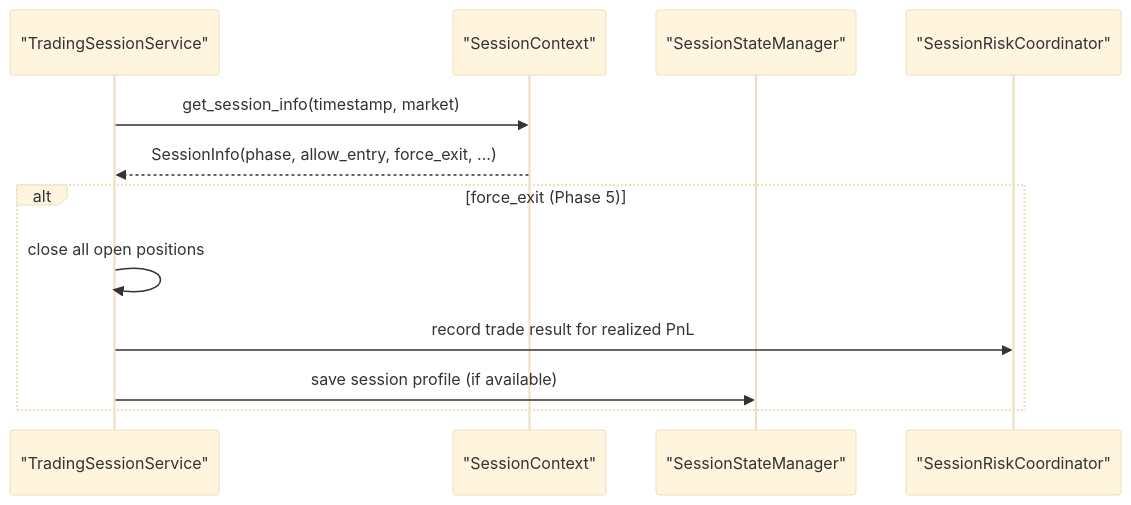
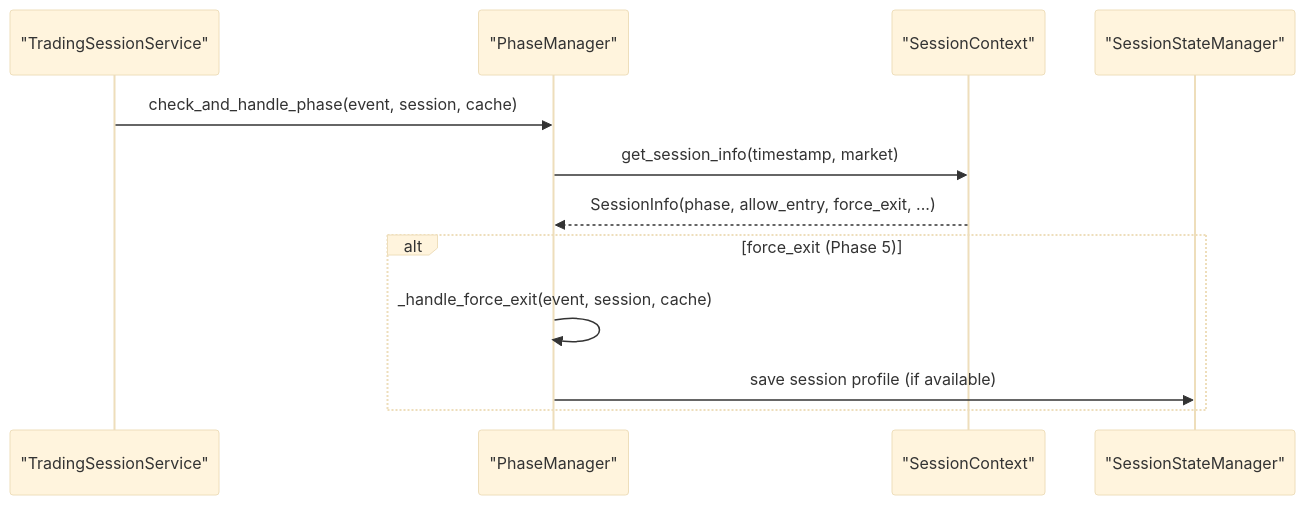
Before and after one commit to gemrajkhatry-maker/v5-of-glassytrade-ai: diagram 13 of 14 in .qoder/repowiki/en/content/Backend Application/Core Services/Trading Session Service.md, drawn with Mermaid (base theme). The commit also changed other lines of this file and 219 other files, not shown here.

First line of the commit message:
refactor: major architecture improvements across backend, backendv2, brokers, and frontend

````diff
--- a/.qoder/repowiki/en/content/Backend Application/Core Services/Trading Session Service.md
+++ b/.qoder/repowiki/en/content/Backend Application/Core Services/Trading Session Service.md
@@ -362,14 +510,14 @@
 ```mermaid
 sequenceDiagram
 participant TSS as "TradingSessionService"
+participant PM as "PhaseManager"
 participant SC as "SessionContext"
 participant SSM as "SessionStateManager"
-participant SRC as "SessionRiskCoordinator"
-TSS->>SC : get_session_info(timestamp, market)
-SC-->>TSS : SessionInfo(phase, allow_entry, force_exit, ...)
+TSS->>PM : check_and_handle_phase(event, session, cache)
+PM->>SC : get_session_info(timestamp, market)
+SC-->>PM : SessionInfo(phase, allow_entry, force_exit, ...)
 alt force_exit (Phase 5)
-TSS->>TSS : close all open positions
-TSS->>SRC : record trade result for realized PnL
-TSS->>SSM : save session profile (if available)
+PM->>PM : _handle_force_exit(event, session, cache)
+PM->>SSM : save session profile (if available)
 end
 ```
````
